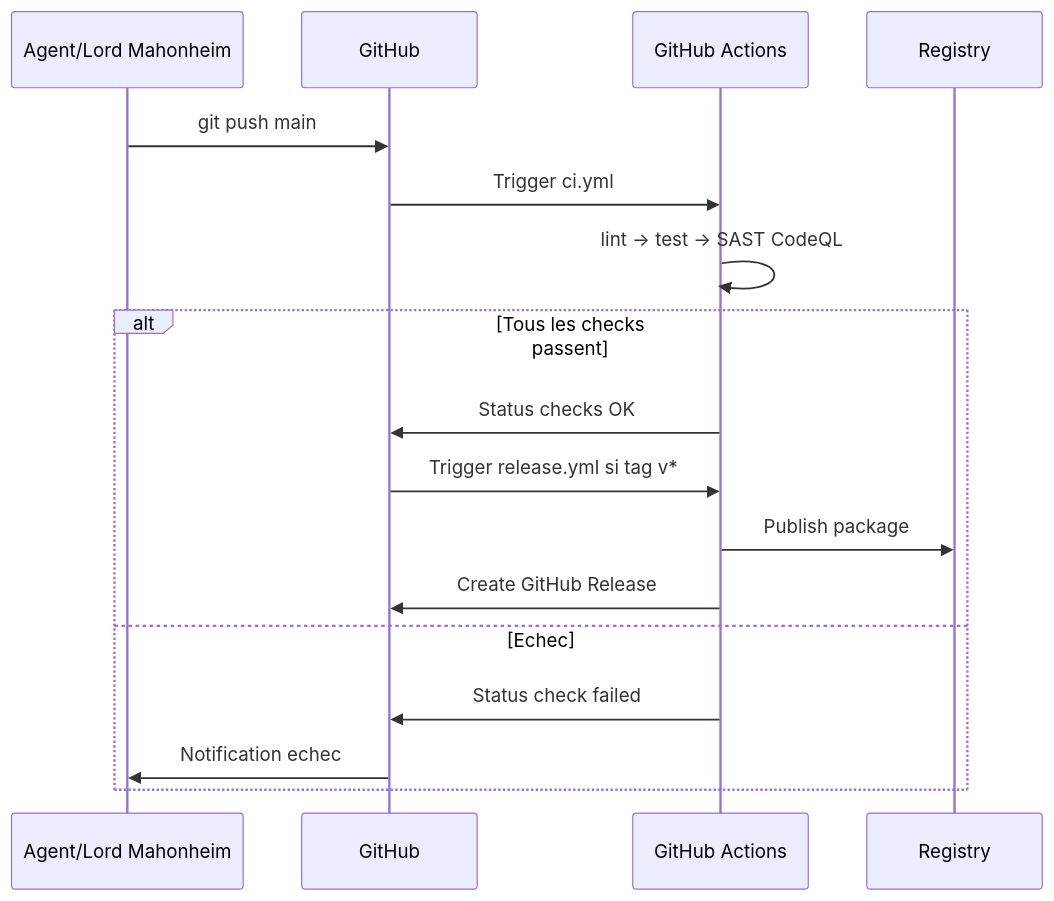
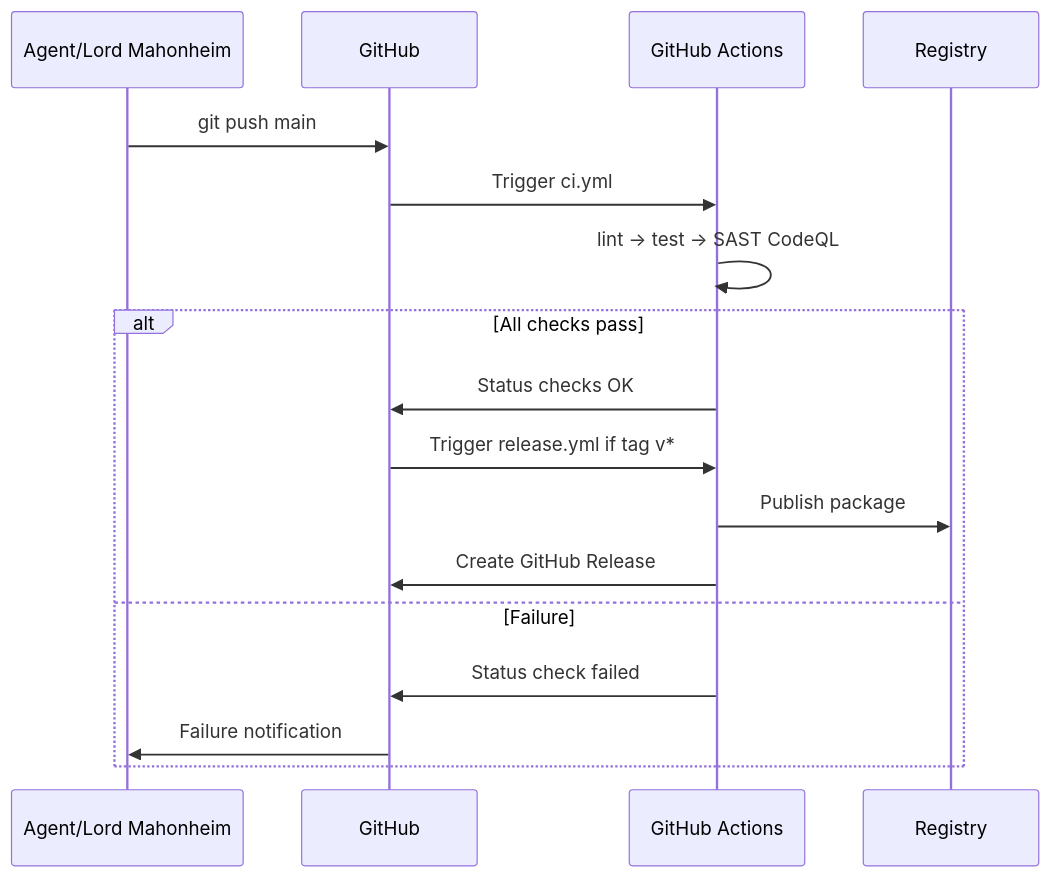
Before and after one commit to lordmahonheim-bot/Tesla-Antigravity-CLI: the fifth of 7 diagrams in 09-Github-Governance/SKILL.md, drawn with Mermaid. The commit also changed other lines of this file and 14 other files, not shown here.

````diff
--- a/09-Github-Governance/SKILL.md
+++ b/09-Github-Governance/SKILL.md
@@ -507,20 +509,20 @@
 ```mermaid
 sequenceDiagram
     participant Dev as Agent/Lord Mahonheim
     participant GH as GitHub
     participant CI as GitHub Actions
     participant Reg as Registry
 
     Dev->>GH: git push main
     GH->>CI: Trigger ci.yml
     CI->>CI: lint → test → SAST CodeQL
-    alt Tous les checks passent
+    alt All checks pass
         CI->>GH: Status checks OK
-        GH->>CI: Trigger release.yml si tag v*
+        GH->>CI: Trigger release.yml if tag v*
         CI->>Reg: Publish package
         CI->>GH: Create GitHub Release
-    else Echec
+    else Failure
         CI->>GH: Status check failed
-        GH->>Dev: Notification echec
+        GH->>Dev: Failure notification
     end
 ```
````
